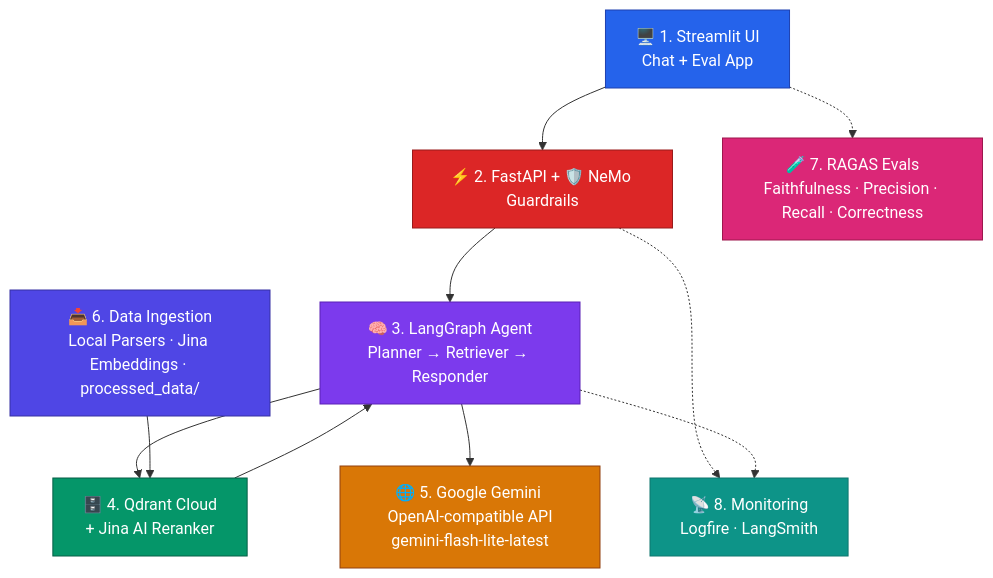
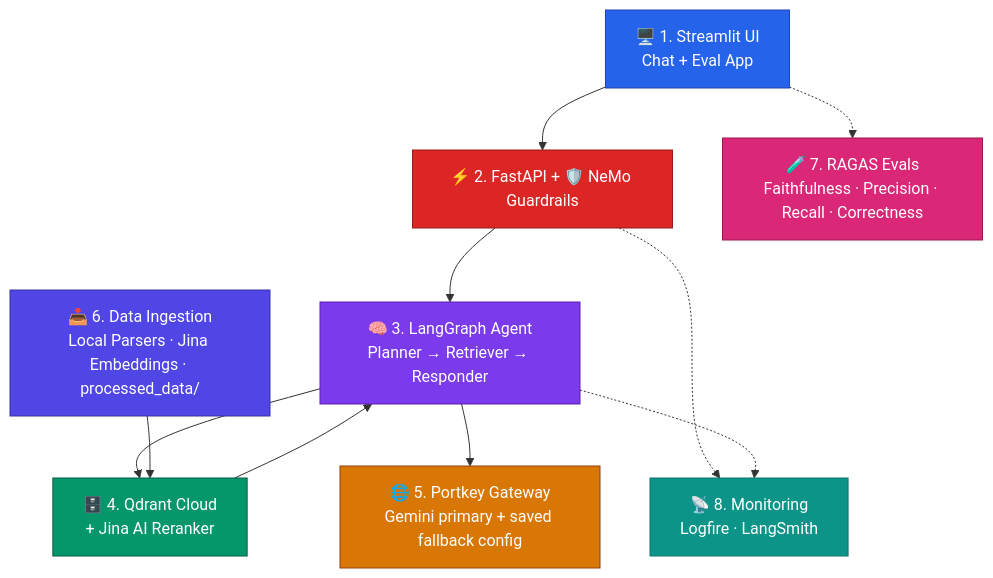
One commit to Bibek1008/Production-Grade-Scalable-Advance-RAG changed the third of 3 diagrams in ARCHITECTURE.md. Above: the diagram before and after it, drawn with Mermaid. The commit also changed other lines of this file and 31 other files, not shown here.

Commit message:
Integrate Portkey and Gemini RAGAS judge

````diff
--- a/ARCHITECTURE.md
+++ b/ARCHITECTURE.md
@@ -229,37 +229,37 @@
 ```mermaid
 graph TB
     A["🖥️ 1. Streamlit UI\nChat + Eval App"]
     B["⚡ 2. FastAPI + 🛡️ NeMo Guardrails"]
     C["🧠 3. LangGraph Agent\nPlanner → Retriever → Responder"]
     D["🗄️ 4. Qdrant Cloud\n+ Jina AI Reranker"]
-    E["🌐 5. Google Gemini OpenAI-compatible API\ngemini-flash-lite-latest"]
+    E["🌐 5. Portkey Gateway\nGemini primary + saved fallback config"]
     F["📥 6. Data Ingestion\nLocal Parsers · Jina Embeddings · processed_data/"]
     G["🧪 7. RAGAS Evals\nFaithfulness · Precision · Recall · Correctness"]
     H["📡 8. Monitoring\nLogfire · LangSmith"]
 
     A --> B --> C
     C --> D --> C
     C --> E
     F --> D
     A -.-> G
     B -.-> H
     C -.-> H
 
     classDef ui      fill:#2563EB,stroke:#1E40AF,color:#fff
     classDef safety  fill:#DC2626,stroke:#991B1B,color:#fff
     classDef agent   fill:#7C3AED,stroke:#5B21B6,color:#fff
     classDef db      fill:#059669,stroke:#065F46,color:#fff
     classDef llm     fill:#D97706,stroke:#92400E,color:#fff
     classDef ingest  fill:#4F46E5,stroke:#3730A3,color:#fff
     classDef evals   fill:#DB2777,stroke:#9D174D,color:#fff
     classDef obs     fill:#0D9488,stroke:#0F766E,color:#fff
 
     class A ui
     class B safety
     class C agent
     class D db
     class E llm
     class F ingest
     class G evals
     class H obs
 ```
````
